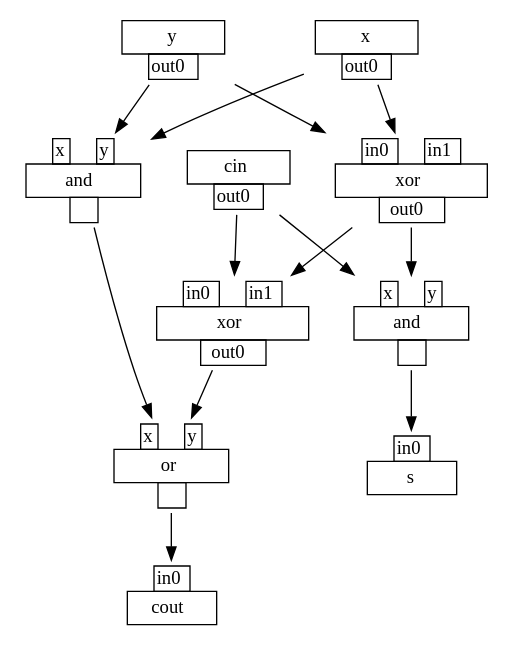
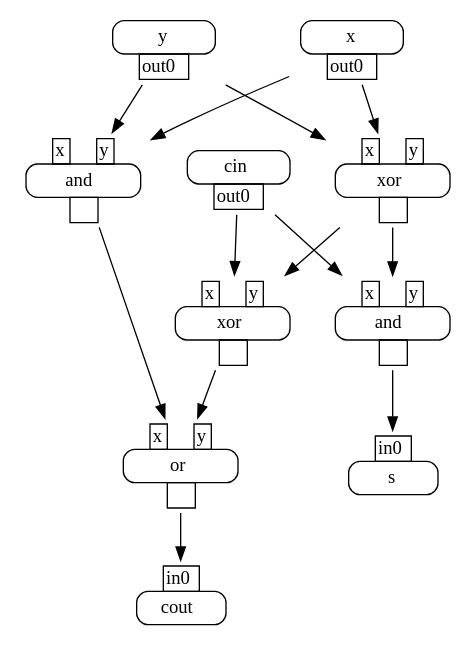
Before and after one commit to akuczala/cat-circuits: the diagram in graphs/test5.gv, drawn with Graphviz. The commit also changed 3 other files, not shown here.

```diff
--- a/graphs/test5.gv
+++ b/graphs/test5.gv
@@ -1,54 +1,54 @@
 digraph {
     n0 [shape=plaintext
        ,label=<<TABLE BORDER="0" CELLBORDER="0" CELLSPACING="0" CELLPADDING="0"><TR><TD><TABLE BORDER="0" CELLBORDER="0" CELLSPACING="0" CELLPADDING="0"><TR><TD WIDTH="20"></TD> <TD PORT="in0" BORDER="1" CELLPADDING="1">in0</TD> <TD WIDTH="20"></TD></TR></TABLE></TD></TR>
-                                                                                <TR><TD BORDER="1" CELLPADDING="4">cout</TD></TR>
+                                                                                <TR><TD BORDER="1" CELLPADDING="4" STYLE="ROUNDED">cout</TD></TR>
                                                                                 <TR><TD><TABLE BORDER="0" CELLBORDER="0" CELLSPACING="0" CELLPADDING="0"><TR><TD WIDTH="20"></TD> <TD WIDTH="20"></TD></TR></TABLE></TD></TR></TABLE>>];
     n1 [shape=plaintext
        ,label=<<TABLE BORDER="0" CELLBORDER="0" CELLSPACING="0" CELLPADDING="0"><TR><TD><TABLE BORDER="0" CELLBORDER="0" CELLSPACING="0" CELLPADDING="0"><TR><TD WIDTH="20"></TD> <TD PORT="in0" BORDER="1" CELLPADDING="1">in0</TD> <TD WIDTH="20"></TD></TR></TABLE></TD></TR>
-                                                                                <TR><TD BORDER="1" CELLPADDING="4">s</TD></TR>
+                                                                                <TR><TD BORDER="1" CELLPADDING="4" STYLE="ROUNDED">s</TD></TR>
                                                                                 <TR><TD><TABLE BORDER="0" CELLBORDER="0" CELLSPACING="0" CELLPADDING="0"><TR><TD WIDTH="20"></TD> <TD WIDTH="20"></TD></TR></TABLE></TD></TR></TABLE>>];
     n2 [shape=plaintext
        ,label=<<TABLE BORDER="0" CELLBORDER="0" CELLSPACING="0" CELLPADDING="0"><TR><TD><TABLE BORDER="0" CELLBORDER="0" CELLSPACING="0" CELLPADDING="0"><TR><TD WIDTH="20"></TD> <TD PORT="in0" BORDER="1" CELLPADDING="1">x</TD> <TD WIDTH="20"></TD> <TD PORT="in1" BORDER="1" CELLPADDING="1">y</TD> <TD WIDTH="20"></TD></TR></TABLE></TD></TR>
-                                                                                <TR><TD BORDER="1" CELLPADDING="4">or</TD></TR>
+                                                                                <TR><TD BORDER="1" CELLPADDING="4" STYLE="ROUNDED">or</TD></TR>
                                                                                 <TR><TD><TABLE BORDER="0" CELLBORDER="0" CELLSPACING="0" CELLPADDING="0"><TR><TD WIDTH="20"></TD> <TD PORT="out0" BORDER="1" CELLPADDING="1"> </TD> <TD WIDTH="20"></TD></TR></TABLE></TD></TR></TABLE>>];
     n3 [shape=plaintext
        ,label=<<TABLE BORDER="0" CELLBORDER="0" CELLSPACING="0" CELLPADDING="0"><TR><TD><TABLE BORDER="0" CELLBORDER="0" CELLSPACING="0" CELLPADDING="0"><TR><TD WIDTH="20"></TD> <TD PORT="in0" BORDER="1" CELLPADDING="1">x</TD> <TD WIDTH="20"></TD> <TD PORT="in1" BORDER="1" CELLPADDING="1">y</TD> <TD WIDTH="20"></TD></TR></TABLE></TD></TR>
-                                                                                <TR><TD BORDER="1" CELLPADDING="4">and</TD></TR>
+                                                                                <TR><TD BORDER="1" CELLPADDING="4" STYLE="ROUNDED">and</TD></TR>
                                                                                 <TR><TD><TABLE BORDER="0" CELLBORDER="0" CELLSPACING="0" CELLPADDING="0"><TR><TD WIDTH="20"></TD> <TD PORT="out0" BORDER="1" CELLPADDING="1"> </TD> <TD WIDTH="20"></TD></TR></TABLE></TD></TR></TABLE>>];
     n4 [shape=plaintext
-       ,label=<<TABLE BORDER="0" CELLBORDER="0" CELLSPACING="0" CELLPADDING="0"><TR><TD><TABLE BORDER="0" CELLBORDER="0" CELLSPACING="0" CELLPADDING="0"><TR><TD WIDTH="20"></TD> <TD PORT="in0" BORDER="1" CELLPADDING="1">in0</TD> <TD WIDTH="20"></TD> <TD PORT="in1" BORDER="1" CELLPADDING="1">in1</TD> <TD WIDTH="20"></TD></TR></TABLE></TD></TR>
-                                                                                <TR><TD BORDER="1" CELLPADDING="4">xor</TD></TR>
-                                                                                <TR><TD><TABLE BORDER="0" CELLBORDER="0" CELLSPACING="0" CELLPADDING="0"><TR><TD WIDTH="20"></TD> <TD PORT="out0" BORDER="1" CELLPADDING="1">out0</TD> <TD WIDTH="20"></TD></TR></TABLE></TD></TR></TABLE>>];
+       ,label=<<TABLE BORDER="0" CELLBORDER="0" CELLSPACING="0" CELLPADDING="0"><TR><TD><TABLE BORDER="0" CELLBORDER="0" CELLSPACING="0" CELLPADDING="0"><TR><TD WIDTH="20"></TD> <TD PORT="in0" BORDER="1" CELLPADDING="1">x</TD> <TD WIDTH="20"></TD> <TD PORT="in1" BORDER="1" CELLPADDING="1">y</TD> <TD WIDTH="20"></TD></TR></TABLE></TD></TR>
+                                                                                <TR><TD BORDER="1" CELLPADDING="4" STYLE="ROUNDED">xor</TD></TR>
+                                                                                <TR><TD><TABLE BORDER="0" CELLBORDER="0" CELLSPACING="0" CELLPADDING="0"><TR><TD WIDTH="20"></TD> <TD PORT="out0" BORDER="1" CELLPADDING="1"> </TD> <TD WIDTH="20"></TD></TR></TABLE></TD></TR></TABLE>>];
     n5 [shape=plaintext
        ,label=<<TABLE BORDER="0" CELLBORDER="0" CELLSPACING="0" CELLPADDING="0"><TR><TD><TABLE BORDER="0" CELLBORDER="0" CELLSPACING="0" CELLPADDING="0"><TR><TD WIDTH="20"></TD> <TD PORT="in0" BORDER="1" CELLPADDING="1">x</TD> <TD WIDTH="20"></TD> <TD PORT="in1" BORDER="1" CELLPADDING="1">y</TD> <TD WIDTH="20"></TD></TR></TABLE></TD></TR>
-                                                                                <TR><TD BORDER="1" CELLPADDING="4">and</TD></TR>
+                                                                                <TR><TD BORDER="1" CELLPADDING="4" STYLE="ROUNDED">and</TD></TR>
                                                                                 <TR><TD><TABLE BORDER="0" CELLBORDER="0" CELLSPACING="0" CELLPADDING="0"><TR><TD WIDTH="20"></TD> <TD PORT="out0" BORDER="1" CELLPADDING="1"> </TD> <TD WIDTH="20"></TD></TR></TABLE></TD></TR></TABLE>>];
     n6 [shape=plaintext
-       ,label=<<TABLE BORDER="0" CELLBORDER="0" CELLSPACING="0" CELLPADDING="0"><TR><TD><TABLE BORDER="0" CELLBORDER="0" CELLSPACING="0" CELLPADDING="0"><TR><TD WIDTH="20"></TD> <TD PORT="in0" BORDER="1" CELLPADDING="1">in0</TD> <TD WIDTH="20"></TD> <TD PORT="in1" BORDER="1" CELLPADDING="1">in1</TD> <TD WIDTH="20"></TD></TR></TABLE></TD></TR>
-                                                                                <TR><TD BORDER="1" CELLPADDING="4">xor</TD></TR>
-                                                                                <TR><TD><TABLE BORDER="0" CELLBORDER="0" CELLSPACING="0" CELLPADDING="0"><TR><TD WIDTH="20"></TD> <TD PORT="out0" BORDER="1" CELLPADDING="1">out0</TD> <TD WIDTH="20"></TD></TR></TABLE></TD></TR></TABLE>>];
+       ,label=<<TABLE BORDER="0" CELLBORDER="0" CELLSPACING="0" CELLPADDING="0"><TR><TD><TABLE BORDER="0" CELLBORDER="0" CELLSPACING="0" CELLPADDING="0"><TR><TD WIDTH="20"></TD> <TD PORT="in0" BORDER="1" CELLPADDING="1">x</TD> <TD WIDTH="20"></TD> <TD PORT="in1" BORDER="1" CELLPADDING="1">y</TD> <TD WIDTH="20"></TD></TR></TABLE></TD></TR>
+                                                                                <TR><TD BORDER="1" CELLPADDING="4" STYLE="ROUNDED">xor</TD></TR>
+                                                                                <TR><TD><TABLE BORDER="0" CELLBORDER="0" CELLSPACING="0" CELLPADDING="0"><TR><TD WIDTH="20"></TD> <TD PORT="out0" BORDER="1" CELLPADDING="1"> </TD> <TD WIDTH="20"></TD></TR></TABLE></TD></TR></TABLE>>];
     n7 [shape=plaintext
        ,label=<<TABLE BORDER="0" CELLBORDER="0" CELLSPACING="0" CELLPADDING="0"><TR><TD><TABLE BORDER="0" CELLBORDER="0" CELLSPACING="0" CELLPADDING="0"><TR><TD WIDTH="20"></TD> <TD WIDTH="20"></TD></TR></TABLE></TD></TR>
-                                                                                <TR><TD BORDER="1" CELLPADDING="4">y</TD></TR>
+                                                                                <TR><TD BORDER="1" CELLPADDING="4" STYLE="ROUNDED">y</TD></TR>
                                                                                 <TR><TD><TABLE BORDER="0" CELLBORDER="0" CELLSPACING="0" CELLPADDING="0"><TR><TD WIDTH="20"></TD> <TD PORT="out0" BORDER="1" CELLPADDING="1">out0</TD> <TD WIDTH="20"></TD></TR></TABLE></TD></TR></TABLE>>];
     n8 [shape=plaintext
        ,label=<<TABLE BORDER="0" CELLBORDER="0" CELLSPACING="0" CELLPADDING="0"><TR><TD><TABLE BORDER="0" CELLBORDER="0" CELLSPACING="0" CELLPADDING="0"><TR><TD WIDTH="20"></TD> <TD WIDTH="20"></TD></TR></TABLE></TD></TR>
-                                                                                <TR><TD BORDER="1" CELLPADDING="4">x</TD></TR>
+                                                                                <TR><TD BORDER="1" CELLPADDING="4" STYLE="ROUNDED">x</TD></TR>
                                                                                 <TR><TD><TABLE BORDER="0" CELLBORDER="0" CELLSPACING="0" CELLPADDING="0"><TR><TD WIDTH="20"></TD> <TD PORT="out0" BORDER="1" CELLPADDING="1">out0</TD> <TD WIDTH="20"></TD></TR></TABLE></TD></TR></TABLE>>];
     n9 [shape=plaintext
        ,label=<<TABLE BORDER="0" CELLBORDER="0" CELLSPACING="0" CELLPADDING="0"><TR><TD><TABLE BORDER="0" CELLBORDER="0" CELLSPACING="0" CELLPADDING="0"><TR><TD WIDTH="20"></TD> <TD WIDTH="20"></TD></TR></TABLE></TD></TR>
-                                                                                <TR><TD BORDER="1" CELLPADDING="4">cin</TD></TR>
+                                                                                <TR><TD BORDER="1" CELLPADDING="4" STYLE="ROUNDED">cin</TD></TR>
                                                                                 <TR><TD><TABLE BORDER="0" CELLBORDER="0" CELLSPACING="0" CELLPADDING="0"><TR><TD WIDTH="20"></TD> <TD PORT="out0" BORDER="1" CELLPADDING="1">out0</TD> <TD WIDTH="20"></TD></TR></TABLE></TD></TR></TABLE>>];
     n2 -> n0;
     n3 -> n1;
     n5 -> n2;
     n4 -> n2;
     n9 -> n4;
     n9 -> n3;
     n6 -> n4;
     n6 -> n3;
     n8 -> n6;
     n8 -> n5;
     n7 -> n6;
     n7 -> n5;
 }
```
